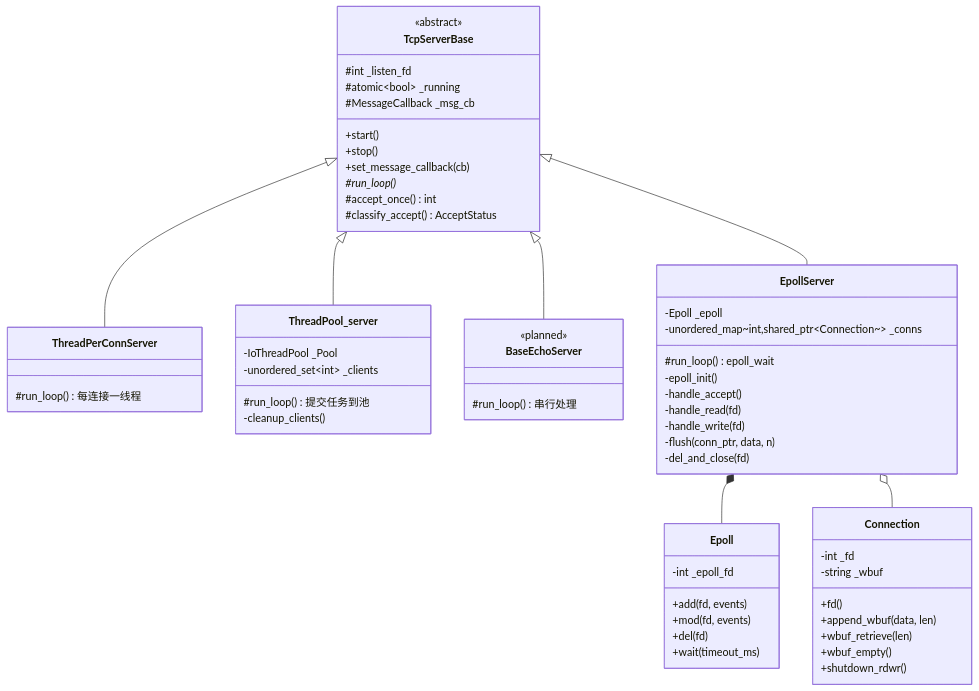
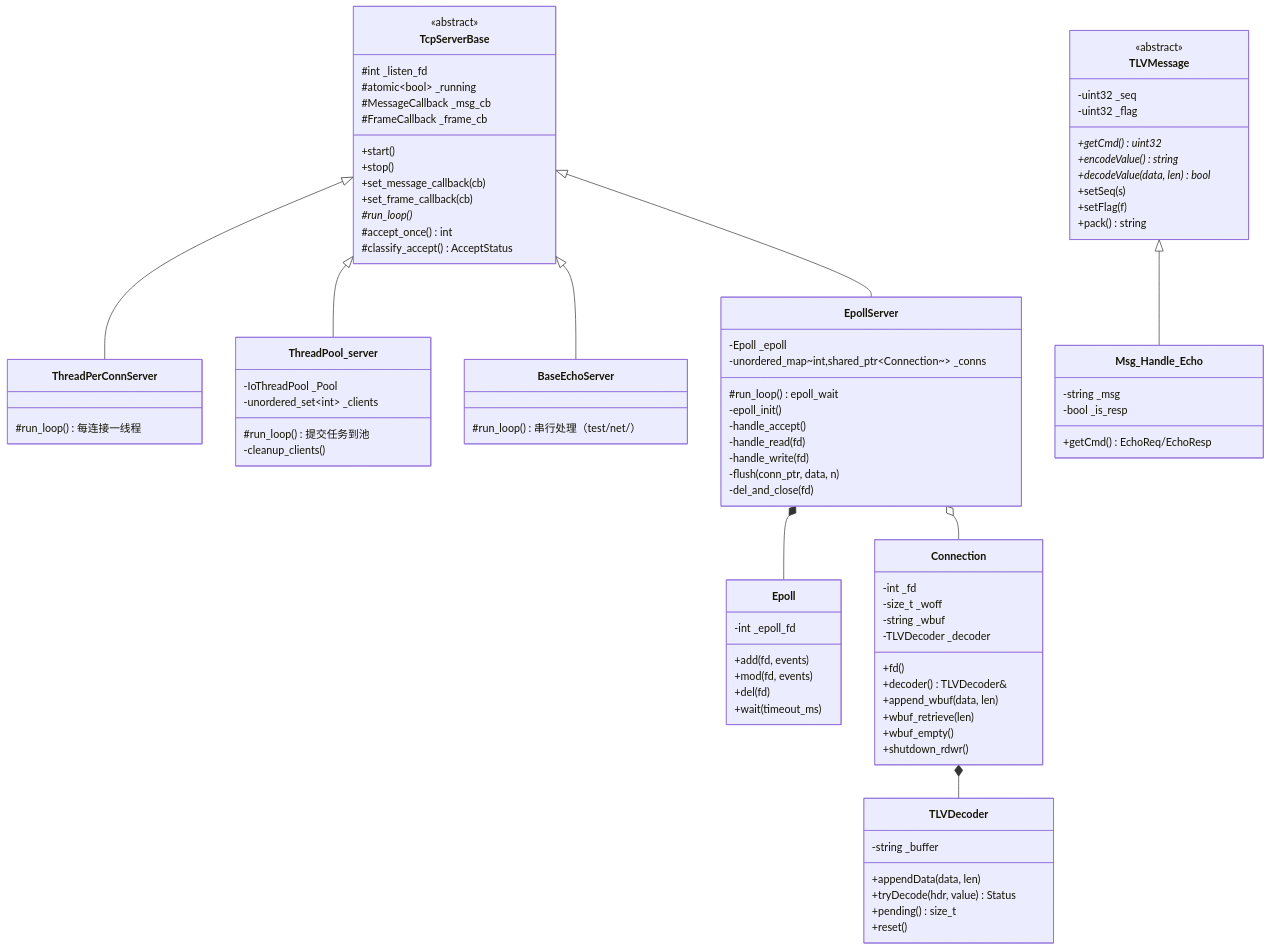
One commit to xyt-dc/socket_server changed the diagram in README.md. Above: the diagram before and after it, drawn with Mermaid. The commit also changed other lines of this file and 1 other file, not shown here.

````diff
--- a/README.md
+++ b/README.md
@@ -67,10 +79,12 @@
         #int _listen_fd
         #atomic~bool~ _running
         #MessageCallback _msg_cb
+        #FrameCallback _frame_cb
         +start()
         +stop()
         +set_message_callback(cb)
-        #run_loop()* 
+        +set_frame_callback(cb)
+        #run_loop()*
         #accept_once() int
         #classify_accept() AcceptStatus
     }
@@ -84,8 +98,7 @@
         -cleanup_clients()
     }
     class BaseEchoServer {
-        <<planned>>
-        #run_loop() 串行处理
+        #run_loop() 串行处理（test/net/）
     }
     class EpollServer {
         -Epoll _epoll
@@ -108,12 +121,38 @@
     }
     class Connection {
         -int _fd
+        -size_t _woff
         -string _wbuf
+        -TLVDecoder _decoder
         +fd()
+        +decoder() TLVDecoder&
         +append_wbuf(data, len)
         +wbuf_retrieve(len)
         +wbuf_empty()
         +shutdown_rdwr()
+    }
+    class TLVDecoder {
+        -string _buffer
+        +appendData(data, len)
+        +tryDecode(hdr, value) Status
+        +pending() size_t
+        +reset()
+    }
+    class TLVMessage {
+        <<abstract>>
+        -uint32 _seq
+        -uint32 _flag
+        +getCmd()* uint32
+        +encodeValue()* string
+        +decodeValue(data, len)* bool
+        +setSeq(s)
+        +setFlag(f)
+        +pack() string
+    }
+    class Msg_Handle_Echo {
+        -string _msg
+        -bool _is_resp
+        +getCmd() EchoReq/EchoResp
     }
 
     TcpServerBase <|-- ThreadPerConnServer
@@ -122,4 +161,6 @@
     TcpServerBase <|-- EpollServer
     EpollServer *-- Epoll
     EpollServer o-- Connection
+    Connection *-- TLVDecoder
+    TLVMessage <|-- Msg_Handle_Echo
 ```
````
